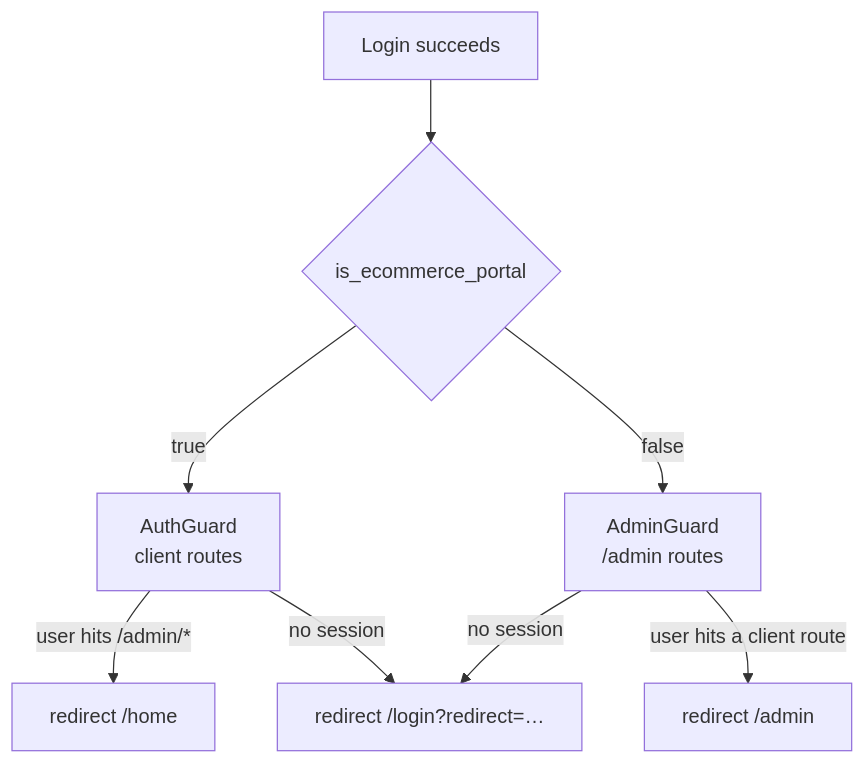
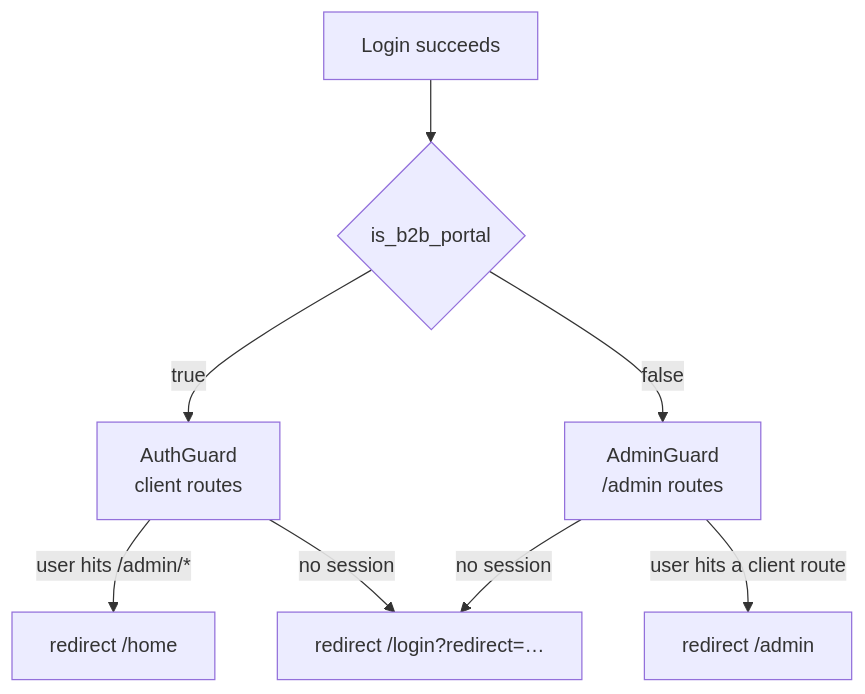
One commit to LaplaceSoftware/lp_projects_docs changed the fourth of 8 diagrams in docs/b2b_ecommerce_docs/_technical_docs/007-Authentication-and-Authorization.md. Above: the diagram before and after it, drawn with Mermaid. The commit also changed other lines of this file and 21 other files, not shown here.

````diff
--- a/docs/b2b_ecommerce_docs/_technical_docs/007-Authentication-and-Authorization.md
+++ b/docs/b2b_ecommerce_docs/_technical_docs/007-Authentication-and-Authorization.md
@@ -106,10 +106,10 @@
 ```mermaid
 flowchart TB
-    L["Login succeeds"] --> Q{"is_ecommerce_portal"}
+    L["Login succeeds"] --> Q{"is_b2b_portal"}
     Q -->|true| CG["AuthGuard<br/>client routes"]
     Q -->|false| AG["AdminGuard<br/>/admin routes"]
     CG -->|"user hits /admin/*"| R1["redirect /home"]
     AG -->|"user hits a client route"| R2["redirect /admin"]
     CG -->|"no session"| L2["redirect /login?redirect=…"]
     AG -->|"no session"| L2
 ```
````
